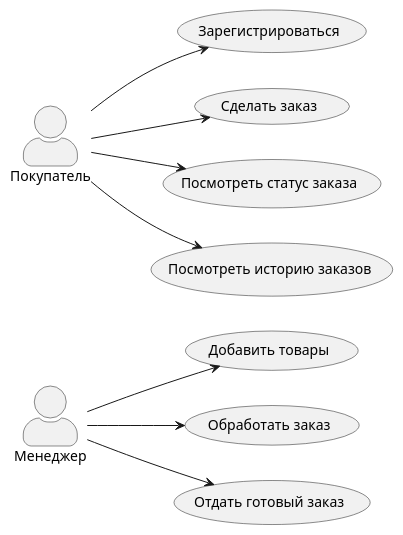
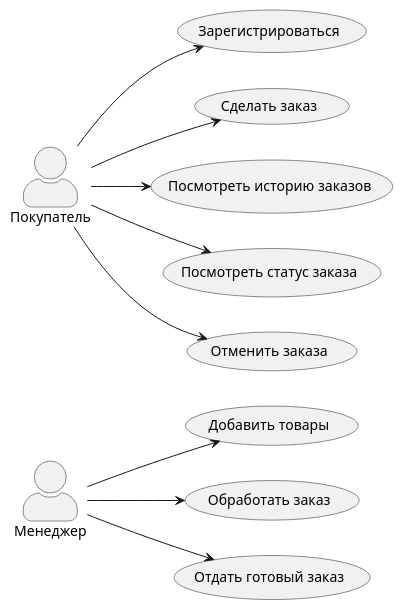
Before and after one commit to Efimish/university-4sem-pis-coursework: the diagram in precedent.puml, drawn with PlantUML. The commit also changed 3 other files, not shown here.

Commit message:
added suitability diagrams and 1 precedent

```diff
--- a/precedent.puml
+++ b/precedent.puml
@@ -1,19 +1,20 @@
 @startuml Диграмма прецедентов
 left to right direction
 skinparam actorStyle awesome
 
 actor Менеджер as manager
 actor Покупатель as customer
 ' Физ. лицо или компания
 
 customer --> (Зарегистрироваться)
 customer --> (Сделать заказ)
+customer --> (Посмотреть историю заказов)
 customer --> (Посмотреть статус заказа)
-customer --> (Посмотреть историю заказов)
+customer --> (Отменить заказа)
 
 manager --> (Добавить товары)
 ' Можно импортировать список из excel
 manager --> (Обработать заказ)
 manager --> (Отдать готовый заказ)
 
 @enduml
```
